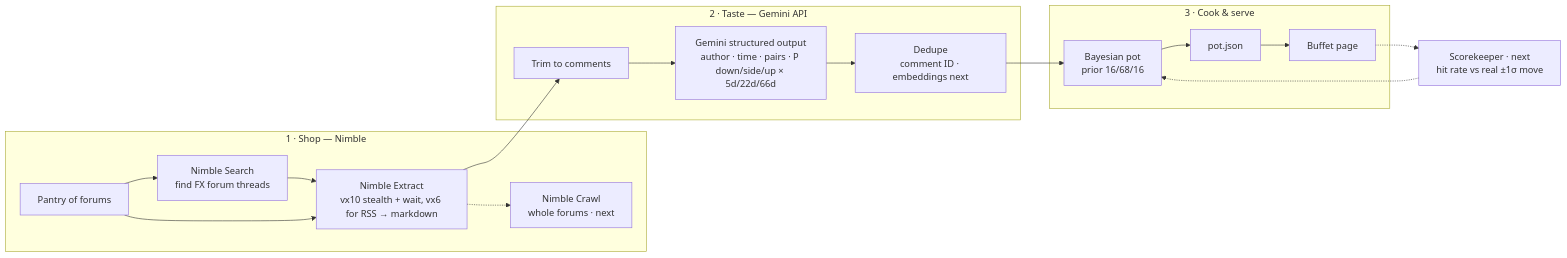
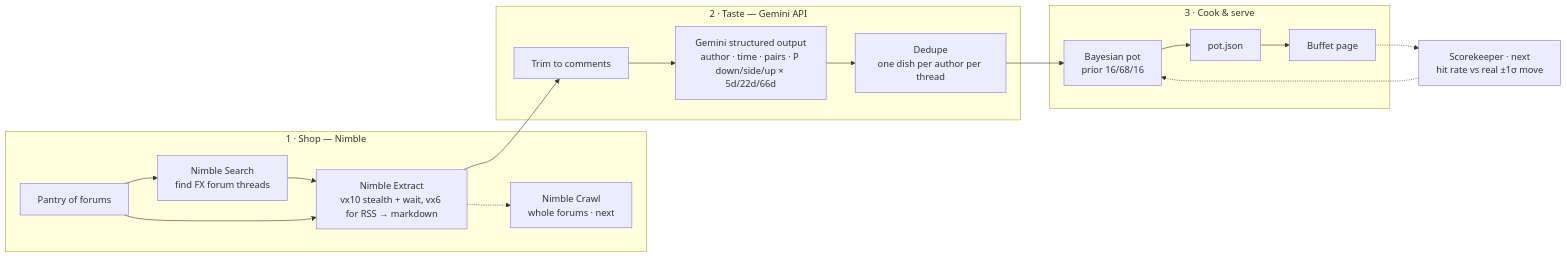
The diagram in README.md (ZhangHaoquan/malalphai), drawn with Mermaid before and after one commit. The commit also changed other lines of this file and 7 other files, not shown here.

````diff
--- a/README.md
+++ b/README.md
@@ -43,19 +43,19 @@
 ```mermaid
 flowchart LR
   subgraph Shop["1 · Shop — Nimble"]
     P[Pantry of forums] --> S[Nimble Search<br/>find FX forum threads]
     S --> E[Nimble Extract<br/>vx10 stealth + wait, vx6 for RSS → markdown]
     P --> E
     E -.-> C[Nimble Crawl<br/>whole forums · next]
   end
   subgraph Taste["2 · Taste — Gemini API"]
     T[Trim to comments] --> G[Gemini structured output<br/>author · time · pairs · P down/side/up × 5d/22d/66d]
-    G --> D[Dedupe<br/>comment ID · embeddings next]
+    G --> D[Dedupe<br/>one dish per author per thread]
   end
   subgraph Cook["3 · Cook & serve"]
     B[Bayesian pot<br/>prior 16/68/16] --> J[pot.json] --> W[Buffet page]
   end
   E --> T
   D --> B
   W -.-> K[Scorekeeper · next<br/>hit rate vs real ±1σ move] -.-> B
 ```
````
